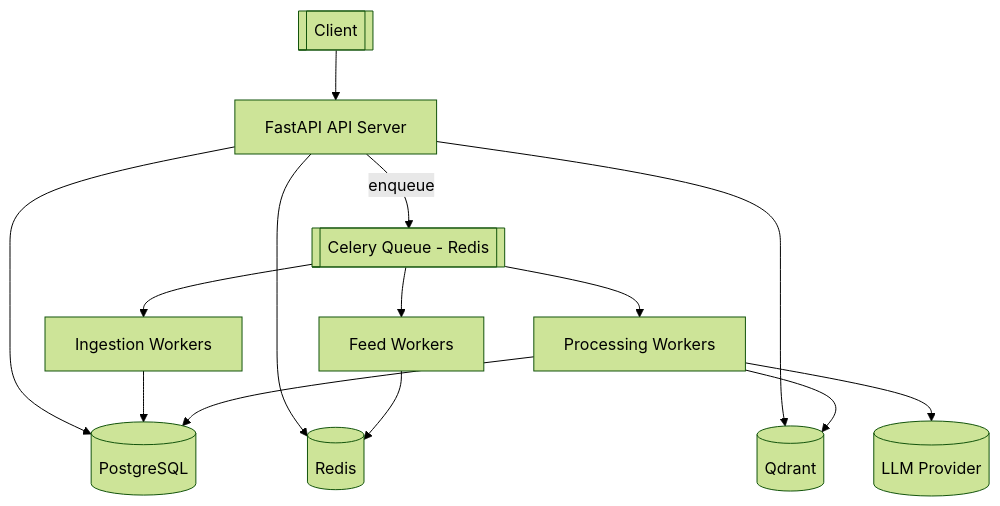
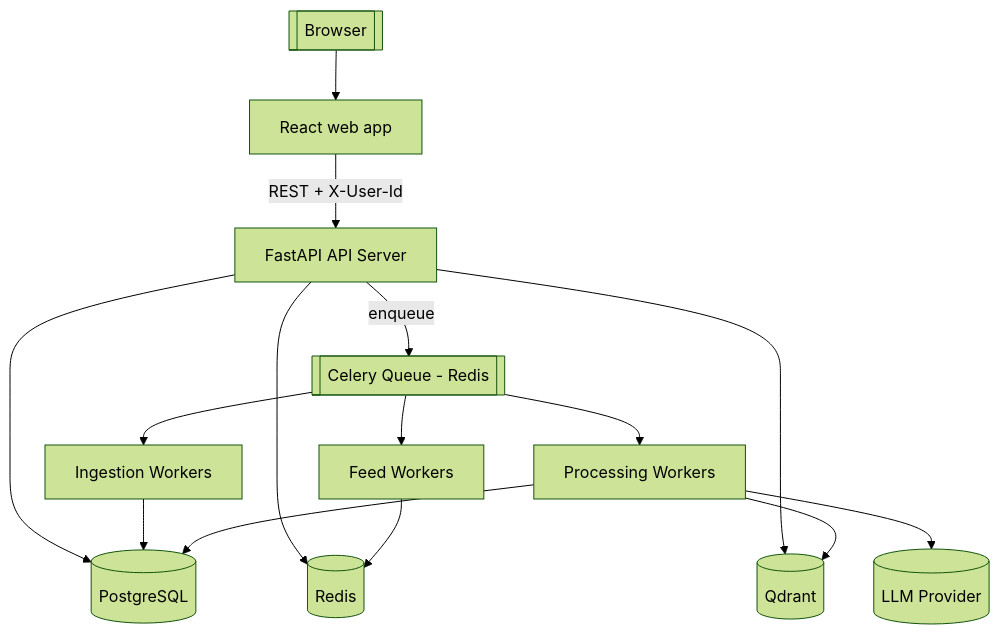
The first of 2 diagrams in README.md (Anish2602/ai-personalized-news-feed), drawn with Mermaid (forest theme) before and after one commit. The commit also changed other lines of this file and 43 other files, not shown here.

````diff
--- a/README.md
+++ b/README.md
@@ -19,19 +22,20 @@
 ```mermaid
 flowchart TD
-    Client[[Client]] --> API[FastAPI API Server]
+    Browser[[Browser]] --> Web[React web app]
+    Web -- REST + X-User-Id --> API[FastAPI API Server]
 
     API --> PG[(PostgreSQL)]
     API --> REDIS[(Redis)]
     API --> QDRANT[(Qdrant)]
 
     API -- enqueue --> BROKER[[Celery Queue - Redis]]
     BROKER --> INGEST[Ingestion Workers]
     BROKER --> PROC[Processing Workers]
     BROKER --> FEEDW[Feed Workers]
 
     INGEST --> PG
     PROC --> PG
     PROC --> QDRANT
     PROC --> LLM[(LLM Provider)]
     FEEDW --> REDIS
 ```
````
